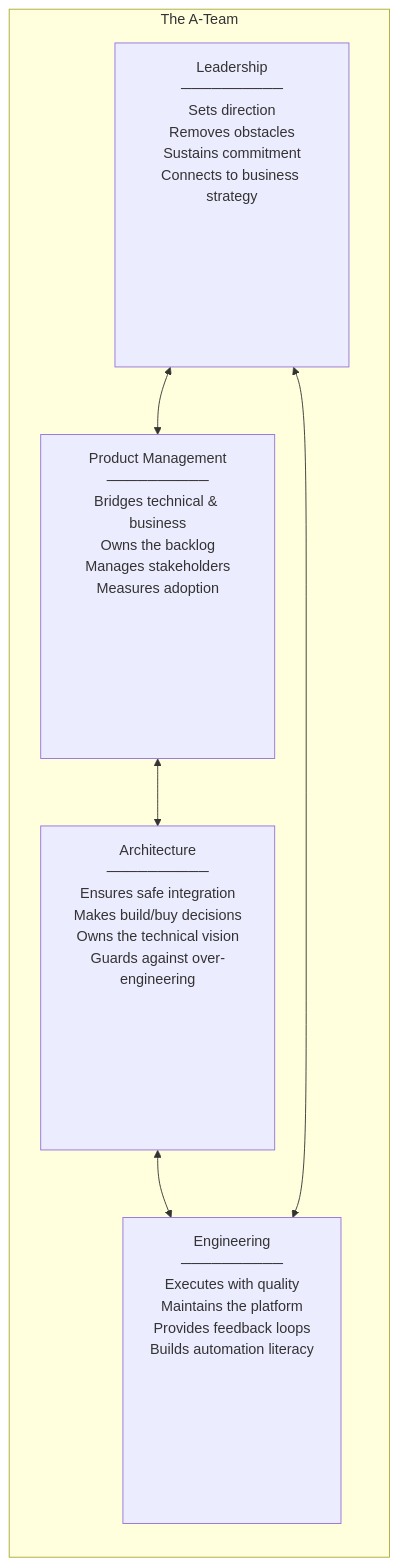
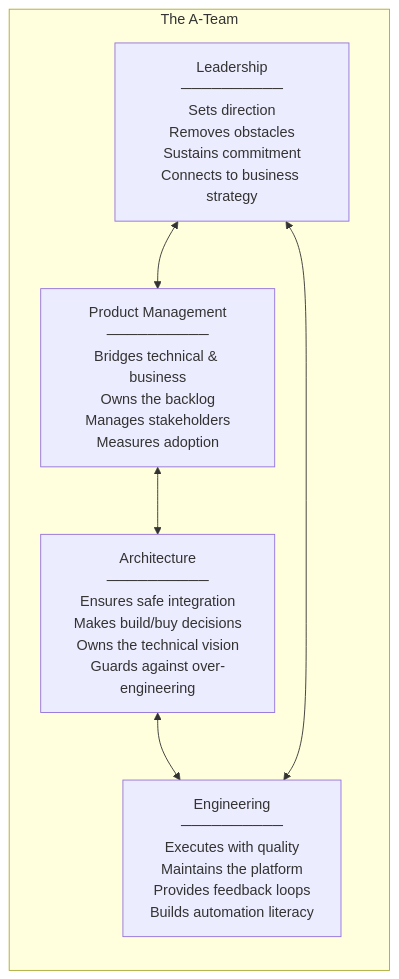
Before and after one commit to ppklau/network_automation_handbook: the second of 3 diagrams in 02-business-alignment/chapter.md, drawn with Mermaid. The commit also changed other lines of this file and 17 other files, not shown here.

Commit message:
Modified sync script to generate static SVG for mermaid Gnatt charts.

````diff
--- a/02-business-alignment/chapter.md
+++ b/02-business-alignment/chapter.md
@@ -187,14 +187,14 @@
 ```mermaid
 graph LR
     subgraph "The A-Team"
-        L["<div style='min-height:330px'>Leadership<br>──────────<br>Sets direction<br>Removes obstacles<br>Sustains commitment<br>Connects to business strategy</div>"]
-        PM["<div style='min-height:330px'>Product Management<br>──────────<br>Bridges technical & business<br>Owns the backlog<br>Manages stakeholders<br>Measures adoption</div>"]
-        A["<div style='min-height:330px'>Architecture<br>──────────<br>Ensures safe integration<br>Makes build/buy decisions<br>Owns the technical vision<br>Guards against over-engineering</div>"]
-        E["<div style='min-height:310px'>Engineering<br>──────────<br>Executes with quality<br>Maintains the platform<br>Provides feedback loops<br>Builds automation literacy</div>"]
+        L["Leadership<br>──────────<br>Sets direction<br>Removes obstacles<br>Sustains commitment<br>Connects to business strategy"]
+        PM["Product Management<br>──────────<br>Bridges technical & business<br>Owns the backlog<br>Manages stakeholders<br>Measures adoption"]
+        A["Architecture<br>──────────<br>Ensures safe integration<br>Makes build/buy decisions<br>Owns the technical vision<br>Guards against over-engineering"]
+        E["Engineering<br>──────────<br>Executes with quality<br>Maintains the platform<br>Provides feedback loops<br>Builds automation literacy"]
     end
 
     L <--> PM
     PM <--> A
     A <--> E
     L <--> E
 ```
````
